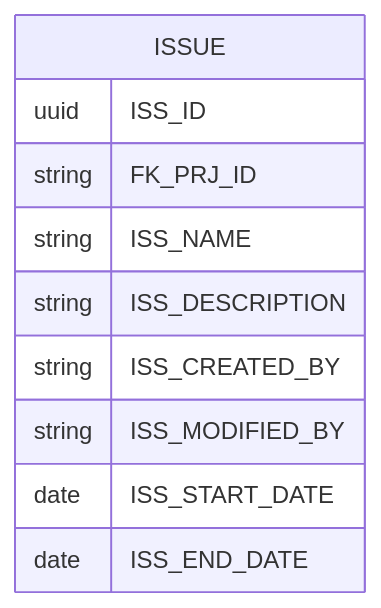
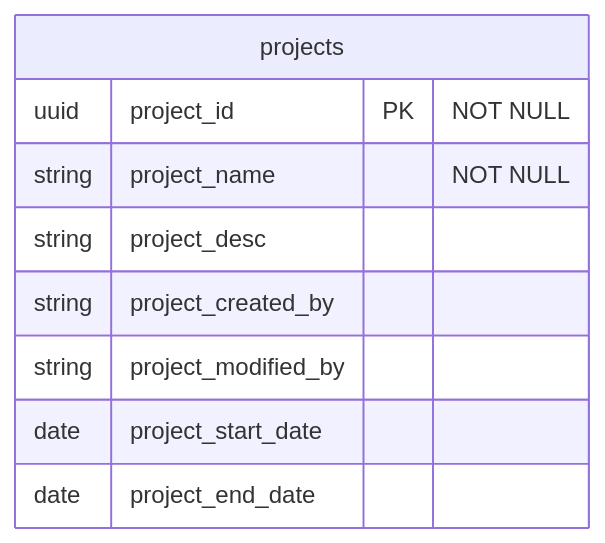
One commit to jujoycode/hydra changed the second of 6 diagrams in docs/table-erd.md. Above: the diagram before and after it, drawn with Mermaid. The commit also changed other lines of this file, not shown here.

Commit message:
:sparkles: Table(users, projects, users_projects_link, issues), Relationships(User-Project, Project-Issue)

````diff
--- a/docs/table-erd.md
+++ b/docs/table-erd.md
@@ -19,13 +22,12 @@
 ```mermaid
 erDiagram
-    ISSUE {
-        uuid ISS_ID
-        string FK_PRJ_ID
-        string ISS_NAME
-        string ISS_DESCRIPTION
-        string ISS_CREATED_BY
-        string ISS_MODIFIED_BY
-        date ISS_START_DATE
-        date ISS_END_DATE
+    projects {
+        uuid project_id PK "NOT NULL"
+        string project_name "NOT NULL"
+        string project_desc
+        string project_created_by
+        string project_modified_by
+        date project_start_date
+        date project_end_date
     }
 ```
````
